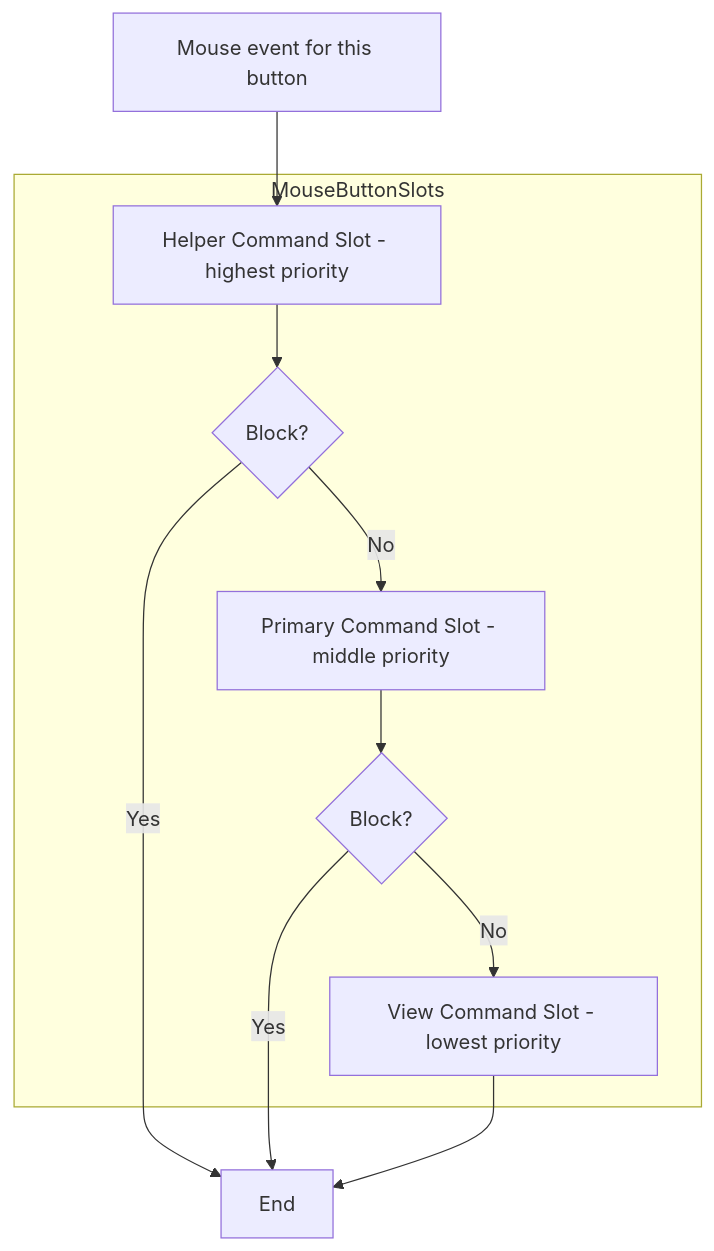
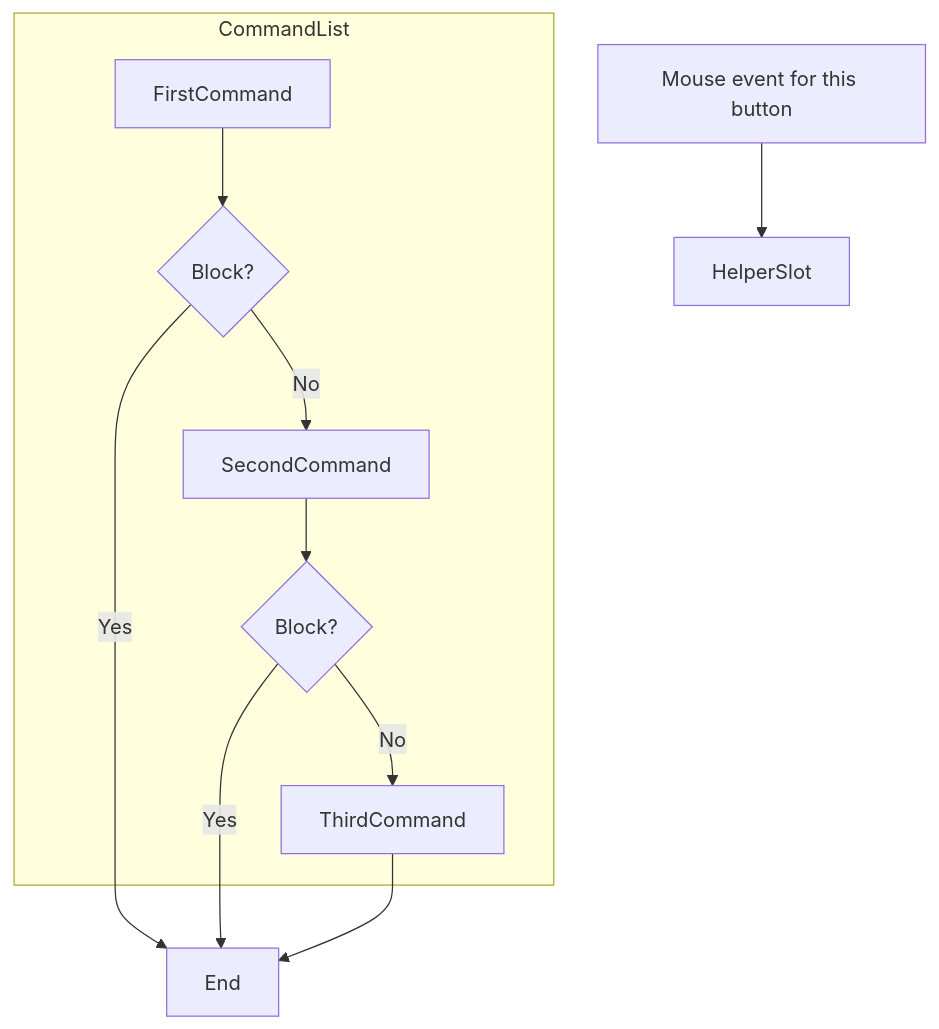
Before and after one commit to vfa-khaidt1/vfa-cdn: the second of 3 diagrams in GraphV6.md, drawn with Mermaid. The commit also changed other lines of this file, not shown here.

````diff
--- a/GraphV6.md
+++ b/GraphV6.md
@@ -87,21 +89,20 @@
 ```mermaid
 flowchart TB
     Event[Mouse event for this button]
     End[End]
-    subgraph MouseButtonSlots
-        HelperSlot[Helper Command Slot - highest priority]
+    subgraph CommandList
+        FirstCommand
         Block1{Block?}
-        PrimarySlot[Primary Command Slot - middle priority]
+        SecondCommand
         Block2{Block?}
-        ViewSlot[View Command Slot - lowest priority]
-        
+        ThirdCommand
     end
 
 
     Event --> HelperSlot
-    HelperSlot -->Block1 --> |No| PrimarySlot
+    FirstCommand -->Block1 --> |No| SecondCommand
     Block1 --> |Yes| End
-    PrimarySlot -->Block2 --> |No| ViewSlot
+    SecondCommand -->Block2 --> |No| ThirdCommand
     Block2 --> |Yes| End
-    ViewSlot --> End
+    ThirdCommand --> End
 ```
````
